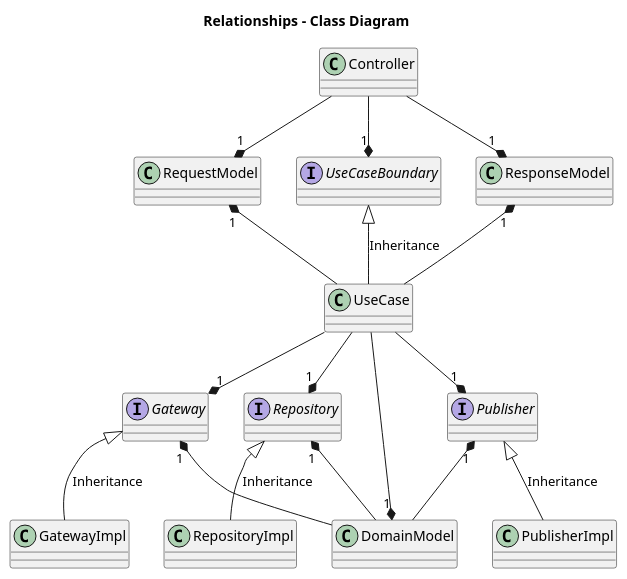
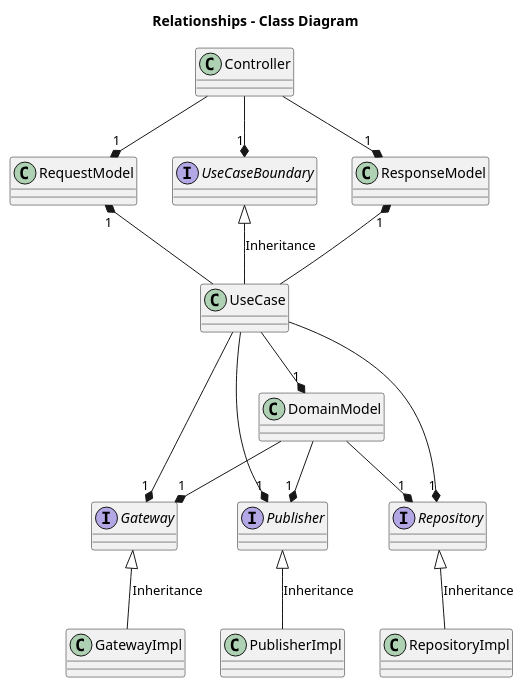
One commit to nhmendes/checkout-basket changed the diagram in classdiagram.puml. Above: the diagram before and after it, drawn with PlantUML. The commit also changed 1 other file, not shown here.

Commit message:
fixed class diagram relations

```diff
--- a/classdiagram.puml
+++ b/classdiagram.puml
@@ -1,42 +1,42 @@
 @startuml
 
 title Relationships - Class Diagram
 
 
 class Controller
 class RequestModel
 interface UseCaseBoundary
 class ResponseModel
 class UseCase
 interface Gateway
 interface Repository
 class DomainModel
 class GatewayImpl
 class RepositoryImpl
 interface Publisher
 class PublisherImpl
 
 RequestModel "1" *-up- Controller
 ResponseModel "1" *-up- Controller
 UseCaseBoundary "1" *-up- Controller
 
 Repository "1" *-up- UseCase
 Gateway "1" *-up- UseCase
 Publisher "1" *-up- UseCase
 
 RequestModel "1" *-down- UseCase
 ResponseModel "1" *-down- UseCase
 
 DomainModel "1" *-up- UseCase
 
-Gateway "1" *-down- DomainModel
-Repository "1" *-down- DomainModel
-Publisher "1" *-down- DomainModel
+Gateway "1" *-up- DomainModel
+Repository "1" *-up- DomainModel
+Publisher "1" *-up- DomainModel
 
 Gateway <|-down- GatewayImpl: Inheritance
 Repository <|-down- RepositoryImpl: Inheritance
 UseCaseBoundary <|-down- UseCase: Inheritance
 Publisher <|-down- PublisherImpl: Inheritance
 
 
 @enduml
```
